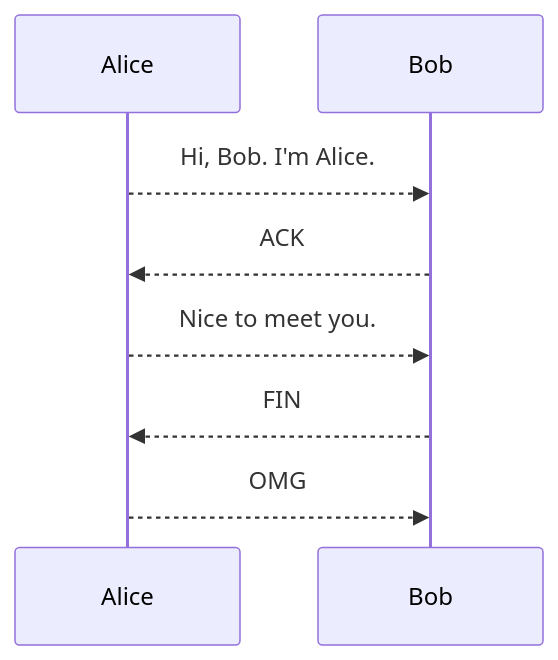
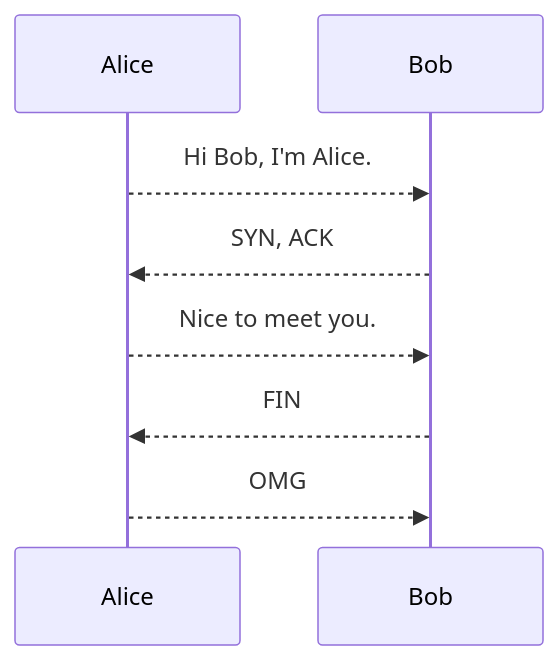
One commit to NabeTaka0403/mermaid_practice changed the diagram in sequence_diagram.md. Above: the diagram before and after it, drawn with Mermaid.

Commit message:
change message from Bob in flowchart.md

````diff
--- a/sequence_diagram.md
+++ b/sequence_diagram.md
@@ -3,8 +3,8 @@
 ```mermaid
 sequenceDiagram
-Alice-->>Bob: Hi, Bob. I'm Alice. 
-Bob-->>Alice: ACK
+Alice-->>Bob: Hi Bob, I'm Alice. 
+Bob-->>Alice: SYN, ACK
 Alice-->>Bob: Nice to meet you. 
 Bob-->>Alice: FIN
 Alice-->>Bob: OMG
 ```
````
